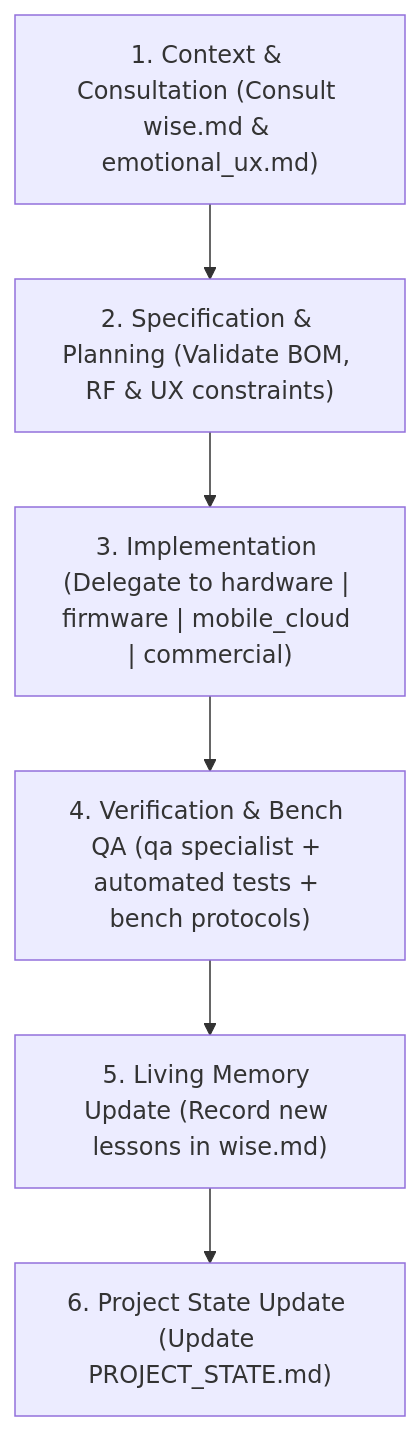
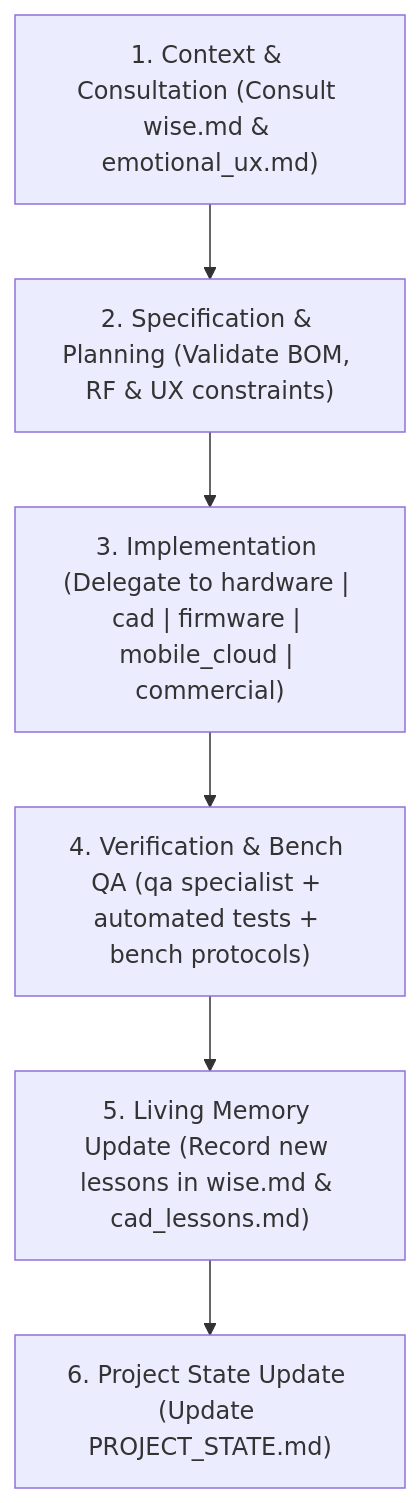
Before and after one commit to robindelis/Smart-Crossword-: the diagram in AGENTS.md, drawn with Mermaid. The commit also changed other lines of this file and 120 other files, not shown here.

````diff
--- a/AGENTS.md
+++ b/AGENTS.md
@@ -35,8 +38,8 @@
 ```mermaid
 graph TD
     A["1. Context & Consultation (Consult wise.md & emotional_ux.md)"] --> B["2. Specification & Planning (Validate BOM, RF & UX constraints)"]
-    B --> C["3. Implementation (Delegate to hardware | firmware | mobile_cloud | commercial)"]
+    B --> C["3. Implementation (Delegate to hardware | cad | firmware | mobile_cloud | commercial)"]
     C --> D["4. Verification & Bench QA (qa specialist + automated tests + bench protocols)"]
-    D --> E["5. Living Memory Update (Record new lessons in wise.md)"]
+    D --> E["5. Living Memory Update (Record new lessons in wise.md & cad_lessons.md)"]
     E --> F["6. Project State Update (Update PROJECT_STATE.md)"]
 ```
````
